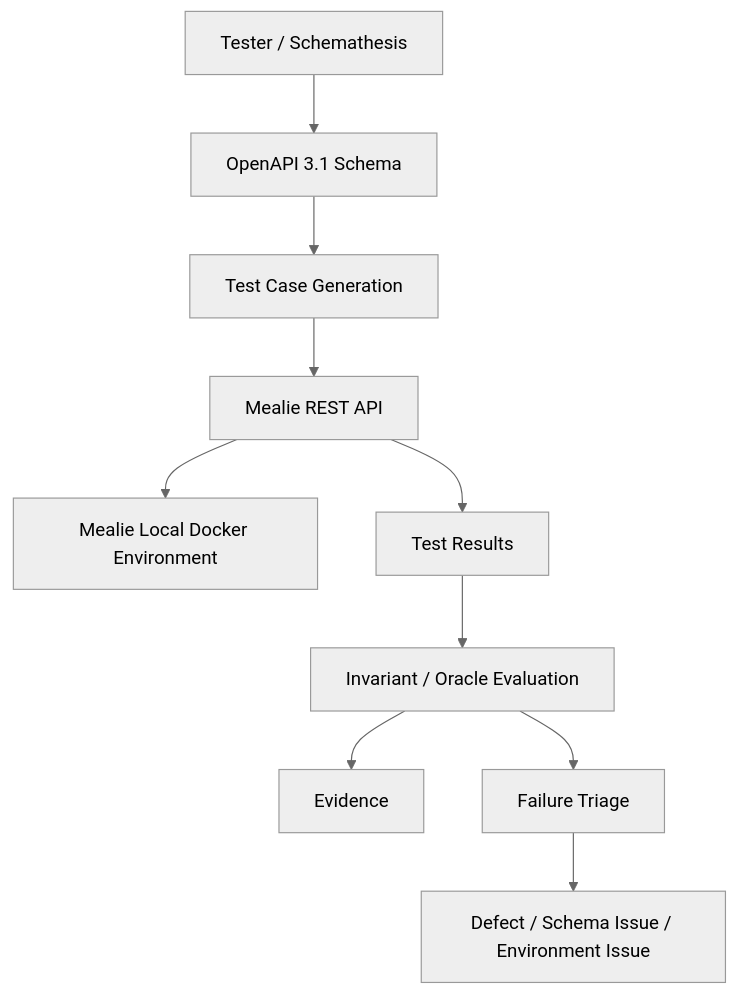
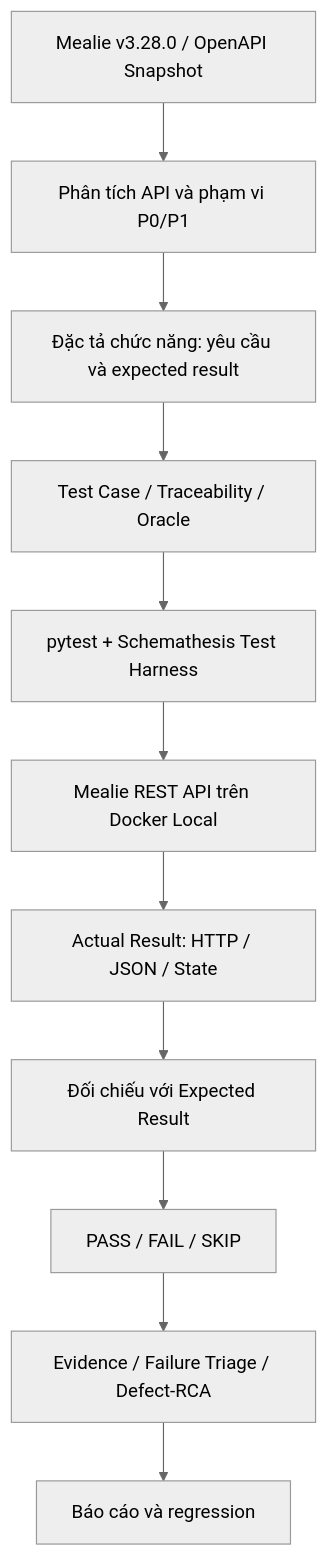
Before and after one commit to Huuthien12/R02-K05-Mealie-QA: the diagram in README.md, drawn with Mermaid (neutral theme). The commit also changed other lines of this file, not shown here.

Commit message:
docs: update README roles specification and test traceability

````diff
--- a/README.md
+++ b/README.md
@@ -207,12 +209,13 @@
 ```mermaid
 flowchart TD
-    A[Tester / Schemathesis] --> B[OpenAPI 3.1 Schema]
-    B --> C[Test Case Generation]
-    C --> D[Mealie REST API]
-    D --> E[Mealie Local Docker Environment]
-    D --> F[Test Results]
-    F --> G[Invariant / Oracle Evaluation]
-    G --> H[Evidence]
-    G --> I[Failure Triage]
-    I --> J[Defect / Schema Issue / Environment Issue]
+    A[Mealie v3.28.0 / OpenAPI Snapshot] --> B[Phân tích API và phạm vi P0/P1]
+    B --> C[Đặc tả chức năng: yêu cầu và expected result]
+    C --> D[Test Case / Traceability / Oracle]
+    D --> E[pytest + Schemathesis Test Harness]
+    E --> F[Mealie REST API trên Docker Local]
+    F --> G[Actual Result: HTTP / JSON / State]
+    G --> H[Đối chiếu với Expected Result]
+    H --> I[PASS / FAIL / SKIP]
+    I --> J[Evidence / Failure Triage / Defect-RCA]
+    J --> K[Báo cáo và regression]
 ```
````
